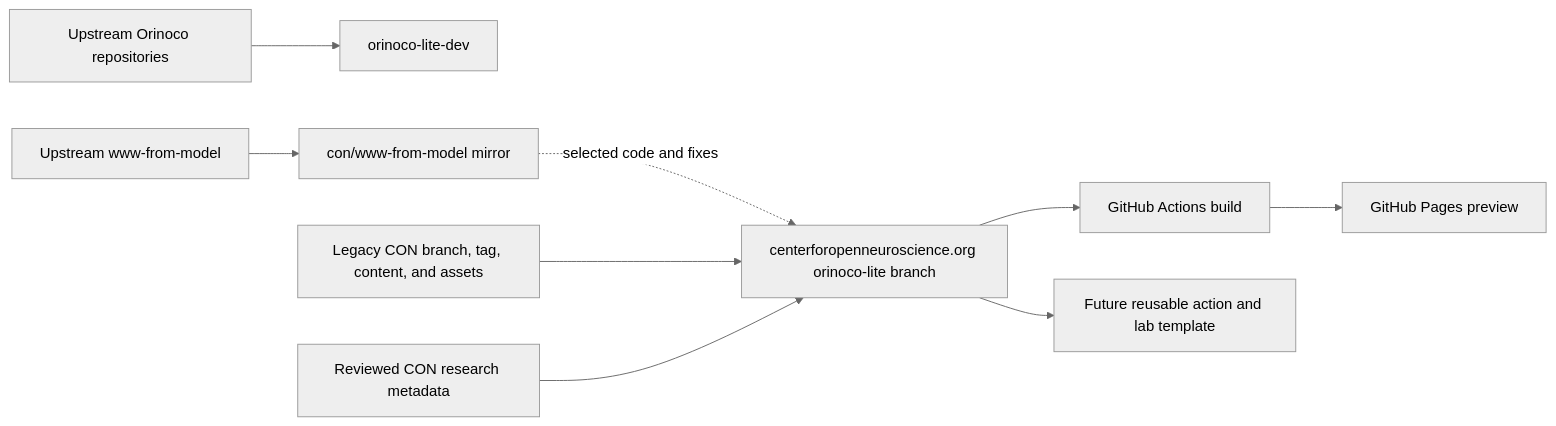
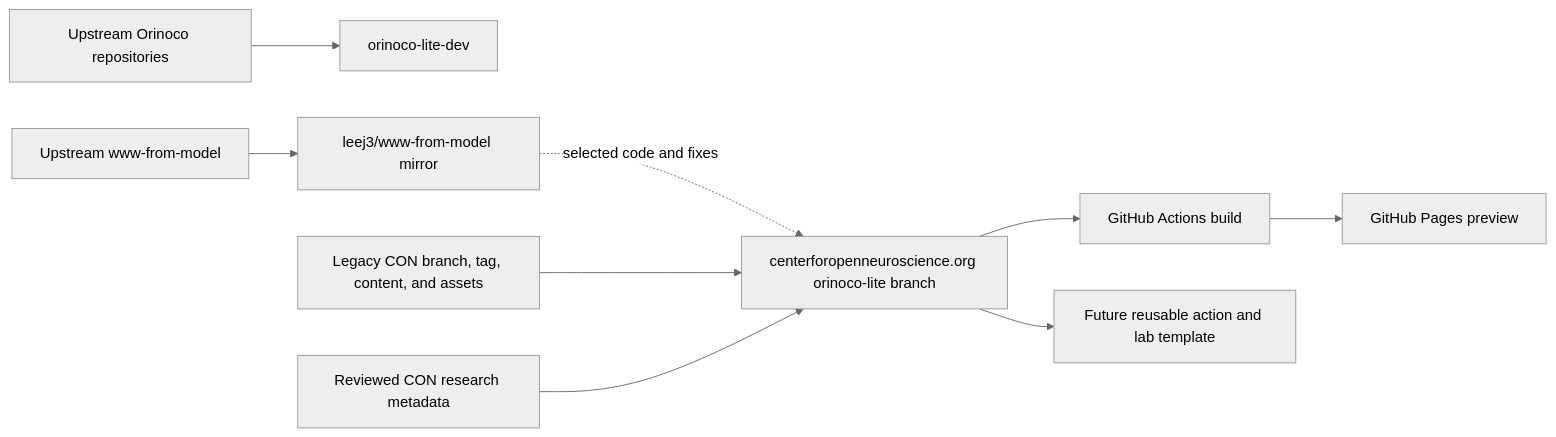
The diagram in README.md (ORINOCO-Lite/orinoco-lite-dev), drawn with Mermaid (neutral theme) before and after one commit. The commit also changed other lines of this file and 4 other files, not shown here.

````diff
--- a/README.md
+++ b/README.md
@@ -79,11 +85,11 @@
 ```mermaid
 flowchart LR
     U["Upstream Orinoco repositories"] --> D["orinoco-lite-dev"]
-    W["Upstream www-from-model"] --> M["con/www-from-model mirror"]
+    W["Upstream www-from-model"] --> M["leej3/www-from-model mirror"]
     M -. "selected code and fixes" .-> I["centerforopenneuroscience.org orinoco-lite branch"]
     C["Legacy CON branch, tag, content, and assets"] --> I
     R["Reviewed CON research metadata"] --> I
     I --> A["GitHub Actions build"]
     A --> P["GitHub Pages preview"]
     I --> F["Future reusable action and lab template"]
 ```
````
